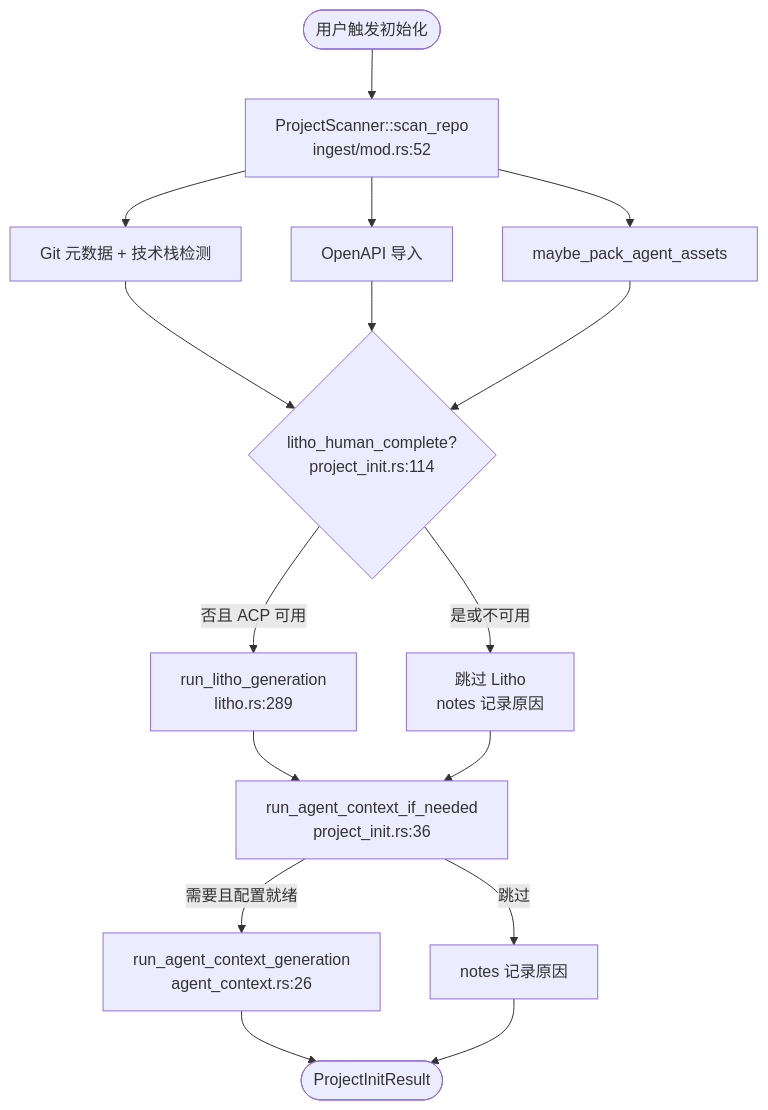
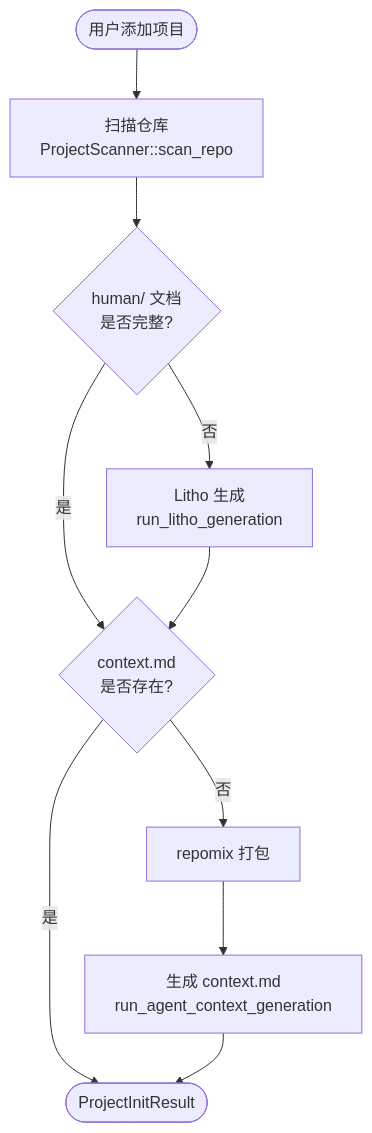
The second of 6 diagrams in .terrain/human/3.工作流.md (sopaco/terrain), drawn with Mermaid before and after one commit. The commit also changed other lines of this file and 79 other files, not shown here.

````diff
--- a/.terrain/human/3.工作流.md
+++ b/.terrain/human/3.工作流.md
@@ -51,18 +43,12 @@
 ```mermaid
 flowchart TD
-    Start([用户触发初始化]) --> Scan["ProjectScanner::scan_repo<br/>ingest/mod.rs:52"]
-    Scan --> GitMeta["Git 元数据 + 技术栈检测"]
-    Scan --> OpenAPI["OpenAPI 导入"]
-    Scan --> Repomix["maybe_pack_agent_assets"]
-    GitMeta --> LithoCheck{"litho_human_complete?<br/>project_init.rs:114"}
-    OpenAPI --> LithoCheck
-    Repomix --> LithoCheck
-    LithoCheck -->|否且 ACP 可用| Litho["run_litho_generation<br/>litho.rs:289"]
-    LithoCheck -->|是或不可用| SkipLitho["跳过 Litho<br/>notes 记录原因"]
-    Litho --> CtxCheck["run_agent_context_if_needed<br/>project_init.rs:36"]
-    SkipLitho --> CtxCheck
-    CtxCheck -->|需要且配置就绪| CtxGen["run_agent_context_generation<br/>agent_context.rs:26"]
-    CtxCheck -->|跳过| Notes["notes 记录原因"]
-    CtxGen --> End([ProjectInitResult])
-    Notes --> End
+    Start(["用户添加项目"]) --> Scan["扫描仓库<br/>ProjectScanner::scan_repo"]
+    Scan --> CheckLitho{"human/ 文档<br/>是否完整?"}
+    CheckLitho -->|否| Litho["Litho 生成<br/>run_litho_generation"]
+    CheckLitho -->|是| CheckCtx
+    Litho --> CheckCtx{"context.md<br/>是否存在?"}
+    CheckCtx -->|否| Pack["repomix 打包"]
+    Pack --> GenCtx["生成 context.md<br/>run_agent_context_generation"]
+    CheckCtx -->|是| Done
+    GenCtx --> Done(["ProjectInitResult"])
 ```
````
